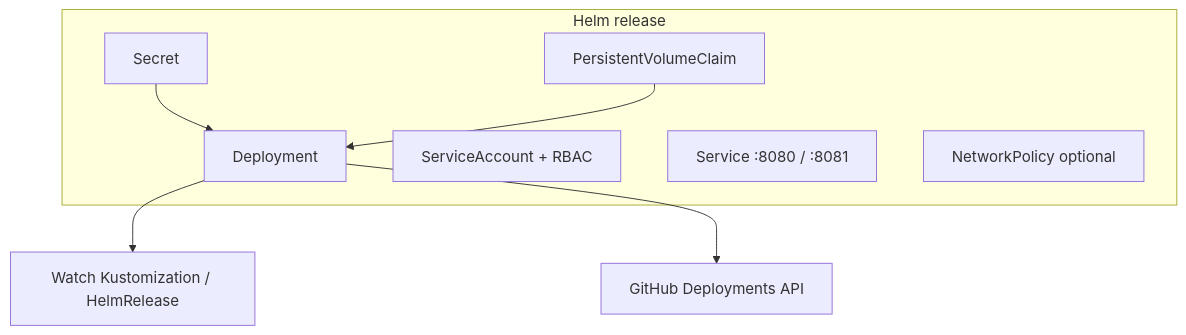
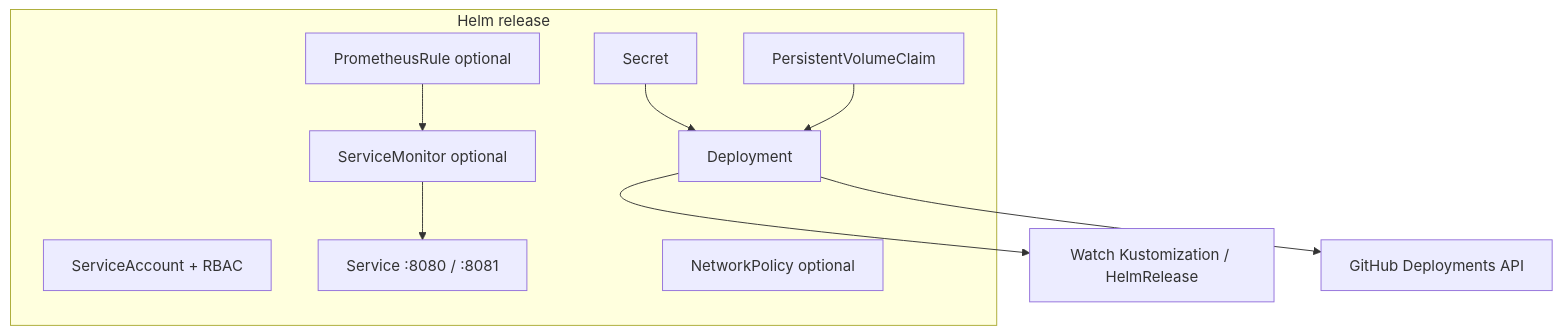
Before and after one commit to roberteggl/github-deployment-bridge: the diagram in docs/install/helm.md, drawn with Mermaid. The commit also changed other lines of this file and 20 other files, not shown here.

````diff
--- a/docs/install/helm.md
+++ b/docs/install/helm.md
@@ -66,15 +66,19 @@
 ```mermaid
 flowchart TB
   subgraph chart[Helm release]
     D[Deployment]
     SA[ServiceAccount + RBAC]
     S[Secret]
     PVC[PersistentVolumeClaim]
     SVC[Service :8080 / :8081]
     NP[NetworkPolicy optional]
+    SM[ServiceMonitor optional]
+    PR[PrometheusRule optional]
   end
   D --> Flux[Watch Kustomization / HelmRelease]
   D --> GH[GitHub Deployments API]
   S --> D
   PVC --> D
+  SM --> SVC
+  PR --> SM
 ```
````
